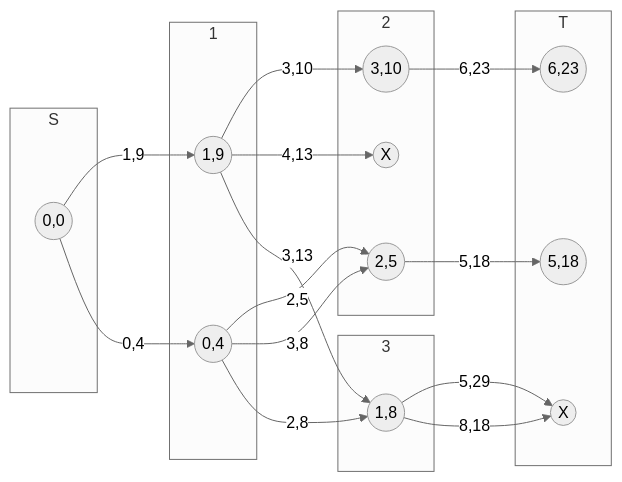
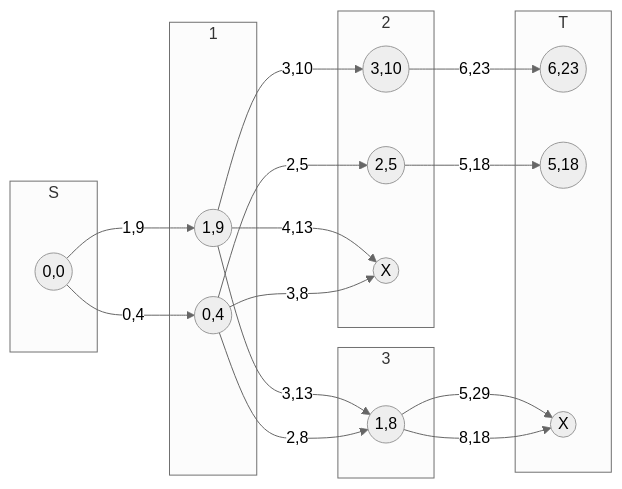
The third of 6 diagrams in docs/CSP/examples/Labeling-DFS.md (BartelNieuwenhuyse/constrained-shortest-path), drawn with Mermaid (neutral theme) before and after one commit. The commit also changed other lines of this file and 4 other files, not shown here.

````diff
--- a/docs/CSP/examples/Labeling-DFS.md
+++ b/docs/CSP/examples/Labeling-DFS.md
@@ -91,38 +91,38 @@
 ```mermaid
 flowchart LR
   %% Nodes and there non-dominated set
   subgraph S
   S_1((0,0))
   end
   subgraph 1
   N1_1((1,9))
   N1_2((0,4))
   end
   subgraph 2
   N2_1((3,10))
   N2_2((2,5))
   X2((X))
   end
   subgraph 3
   N3_1((1,8))
   end
   subgraph T
   T_1((6,23))
   T_2((5,18))
   XT((X))
   end
 
   %% Labels
   S_1 -->|1,9| N1_1
   N1_1 -->|3,10| N2_1
   N2_1 -->|6,23| T_1
   N1_1 -->|4,13| X2
   N1_1 -->|3,13| N3_1
   N3_1 -->|5,29| XT
   N3_1 -->|8,18| XT
   S_1 -->|0,4| N1_2
   N1_2 -->|2,5| N2_2
   N2_2 -->|5,18| T_2
-  N1_2 -->|3,8| N2_2
+  N1_2 -->|3,8| X2
   N1_2-->|2,8| N3_1
 ```
````
